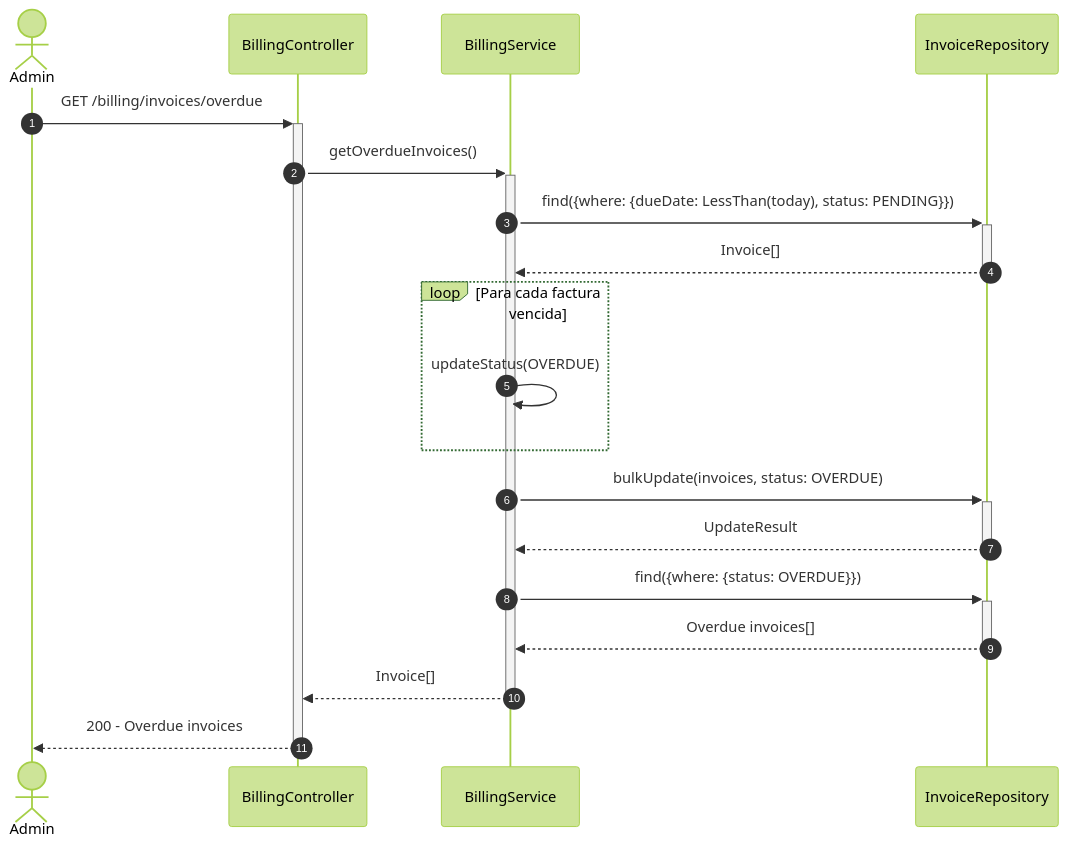
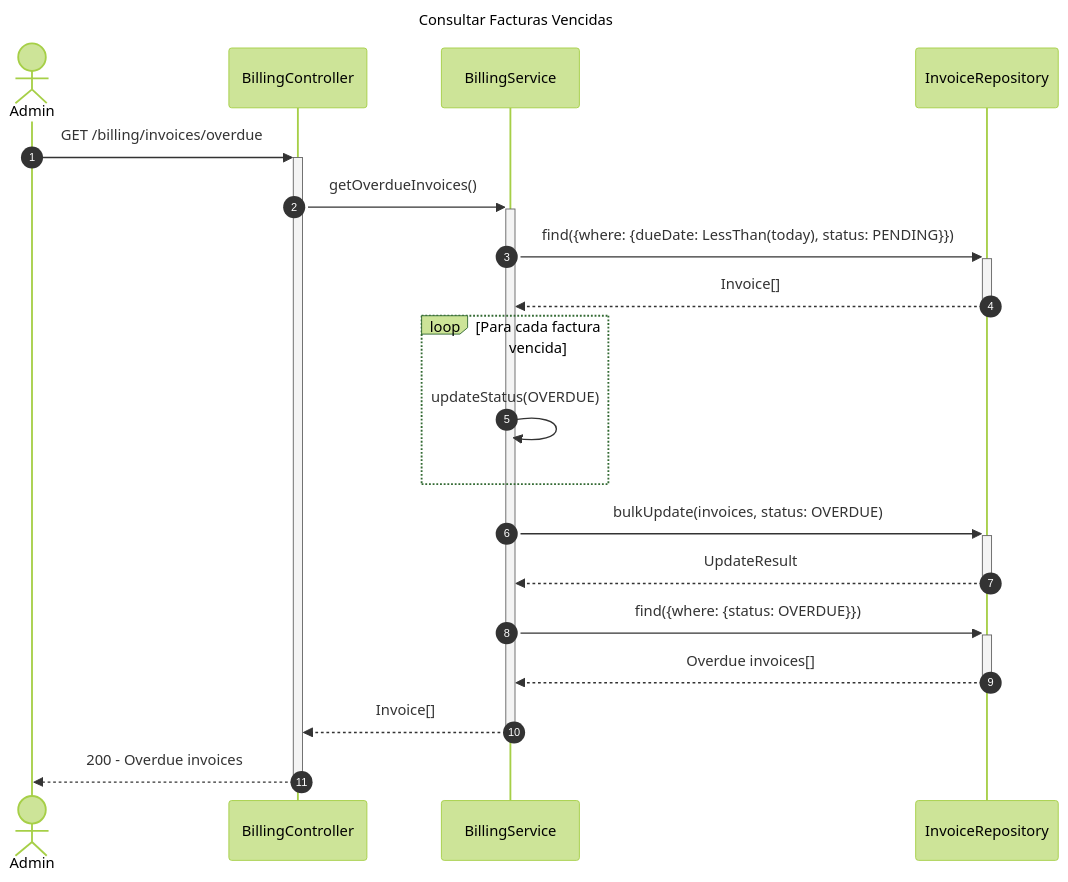
One commit to Nick220505/hotelier-backend changed the fourth of 7 diagrams in diagrams/sequence/billing-sequence-diagram.md. Above: the diagram before and after it, drawn with Mermaid (forest theme). The commit also changed other lines of this file and 5 other files, not shown here.

Commit message:
Add titles to sequence diagrams for Billing, Employees, Inventory, Reservations, Restaurant, and Users modules

````diff
--- a/diagrams/sequence/billing-sequence-diagram.md
+++ b/diagrams/sequence/billing-sequence-diagram.md
@@ -110,27 +119,30 @@
 ```mermaid
+---
+title: Consultar Facturas Vencidas
+---
 sequenceDiagram
     autonumber
     actor Admin
     participant Controller as BillingController
     participant Service as BillingService
     participant InvoiceRepo as InvoiceRepository
 
     Admin->>+Controller: GET /billing/invoices/overdue
     Controller->>+Service: getOverdueInvoices()
     
     Service->>+InvoiceRepo: find({where: {dueDate: LessThan(today), status: PENDING}})
     InvoiceRepo-->>-Service: Invoice[]
     
     loop Para cada factura vencida
         Service->>Service: updateStatus(OVERDUE)
     end
     
     Service->>+InvoiceRepo: bulkUpdate(invoices, status: OVERDUE)
     InvoiceRepo-->>-Service: UpdateResult
     
     Service->>+InvoiceRepo: find({where: {status: OVERDUE}})
     InvoiceRepo-->>-Service: Overdue invoices[]
     
     Service-->>-Controller: Invoice[]
     Controller-->>-Admin: 200 - Overdue invoices
 ```
````
